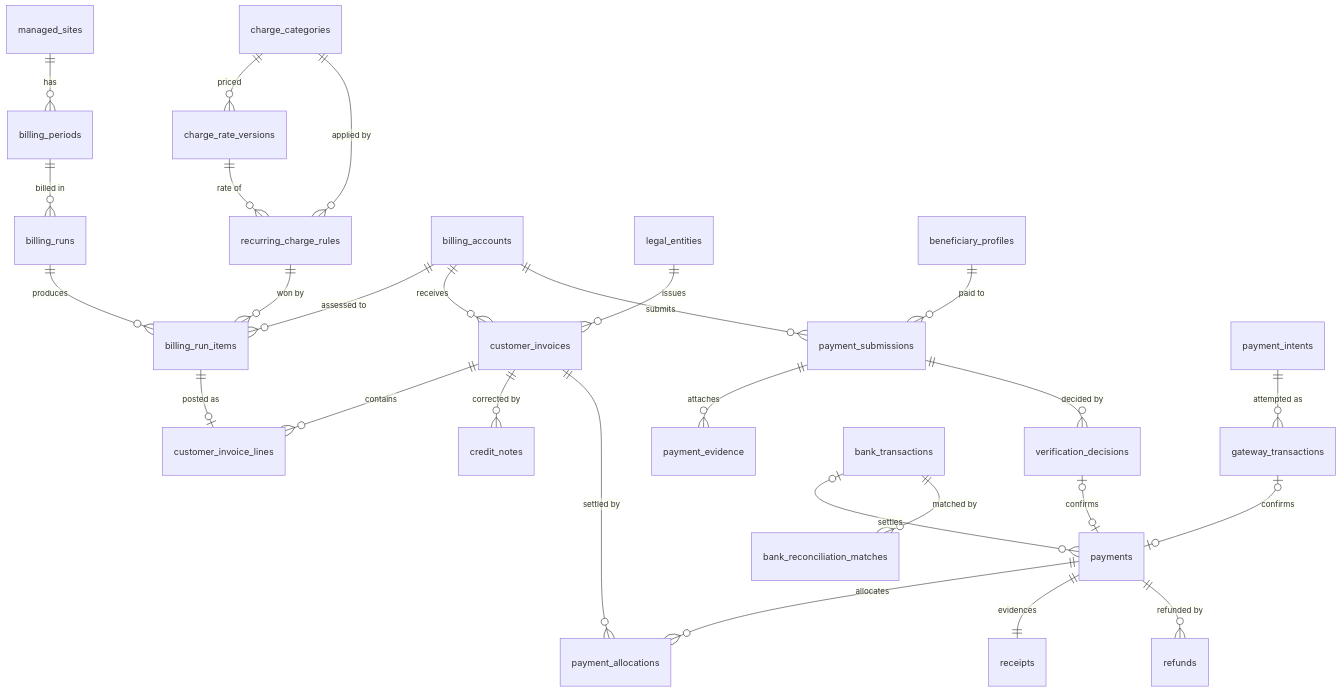
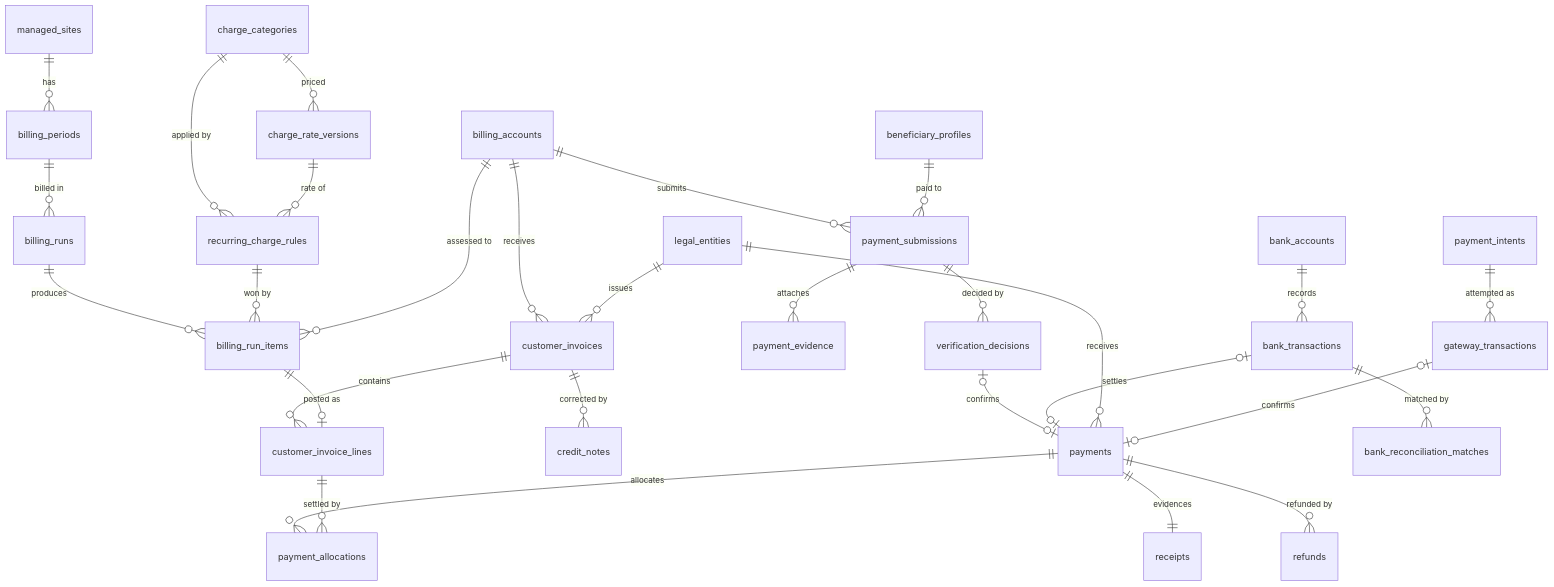
Before and after one commit to Esames786/propertyos: the fourth of 4 diagrams in docs/blueprint/v3.1/gate-a/A2_NORMALIZED_ERD.md, drawn with Mermaid. The commit also changed other lines of this file and 236 other files, not shown here.

````diff
--- a/docs/blueprint/v3.1/gate-a/A2_NORMALIZED_ERD.md
+++ b/docs/blueprint/v3.1/gate-a/A2_NORMALIZED_ERD.md
@@ -187,29 +206,31 @@
 ```mermaid
 erDiagram
   charge_categories ||--o{ charge_rate_versions : priced
   charge_categories ||--o{ recurring_charge_rules : "applied by"
   charge_rate_versions ||--o{ recurring_charge_rules : "rate of"
   managed_sites ||--o{ billing_periods : has
   billing_periods ||--o{ billing_runs : "billed in"
   billing_runs ||--o{ billing_run_items : produces
   recurring_charge_rules ||--o{ billing_run_items : "won by"
   billing_accounts ||--o{ billing_run_items : "assessed to"
   billing_accounts ||--o{ customer_invoices : receives
   legal_entities ||--o{ customer_invoices : issues
   customer_invoices ||--o{ customer_invoice_lines : contains
   billing_run_items ||--o| customer_invoice_lines : "posted as"
   customer_invoices ||--o{ credit_notes : "corrected by"
   billing_accounts ||--o{ payment_submissions : submits
   beneficiary_profiles ||--o{ payment_submissions : "paid to"
   payment_submissions ||--o{ payment_evidence : attaches
   payment_submissions ||--o{ verification_decisions : "decided by"
   verification_decisions |o--o| payments : confirms
-  bank_transactions |o--o{ payments : "settles"
+  bank_transactions |o--o| payments : "settles"
+  legal_entities ||--o{ payments : receives
+  bank_accounts ||--o{ bank_transactions : records
   payment_intents ||--o{ gateway_transactions : "attempted as"
   gateway_transactions |o--o| payments : confirms
   payments ||--o{ payment_allocations : allocates
-  customer_invoices ||--o{ payment_allocations : "settled by"
+  customer_invoice_lines ||--o{ payment_allocations : "settled by"
   payments ||--|| receipts : evidences
   payments ||--o{ refunds : "refunded by"
   bank_transactions ||--o{ bank_reconciliation_matches : "matched by"
 ```
````
